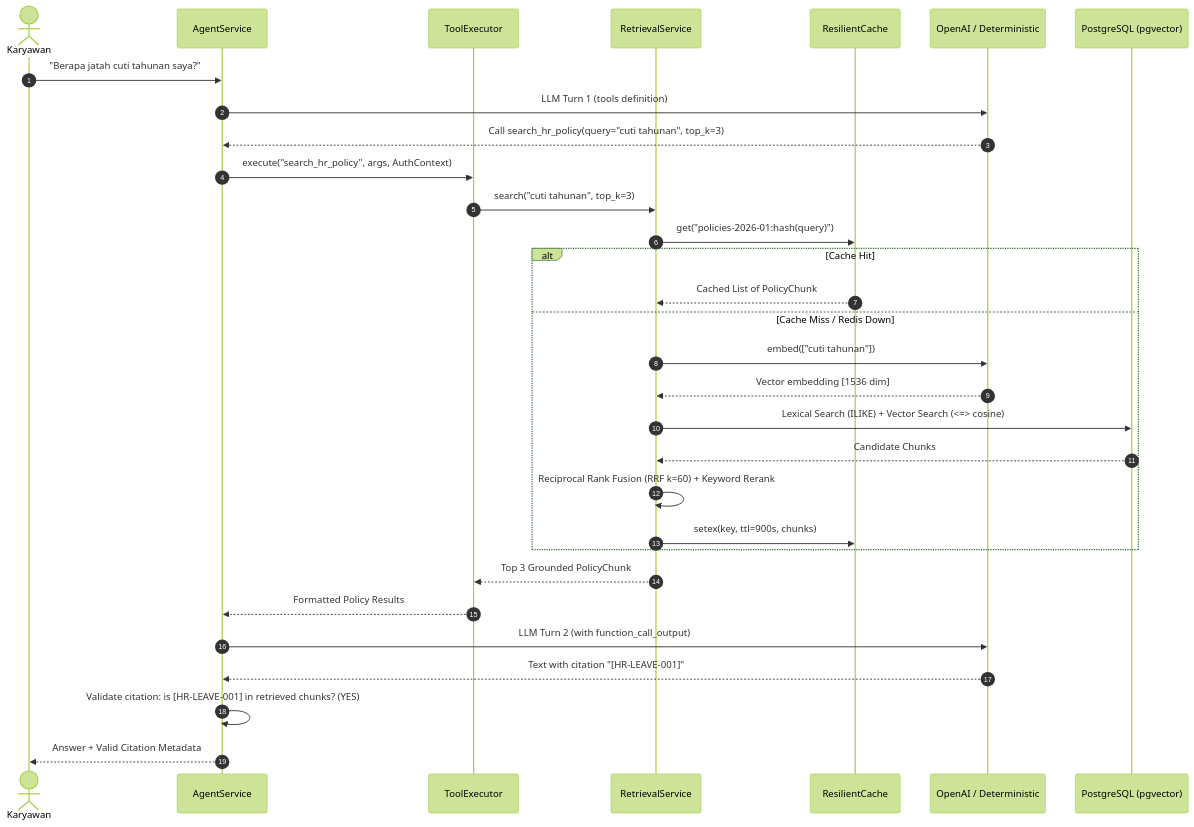
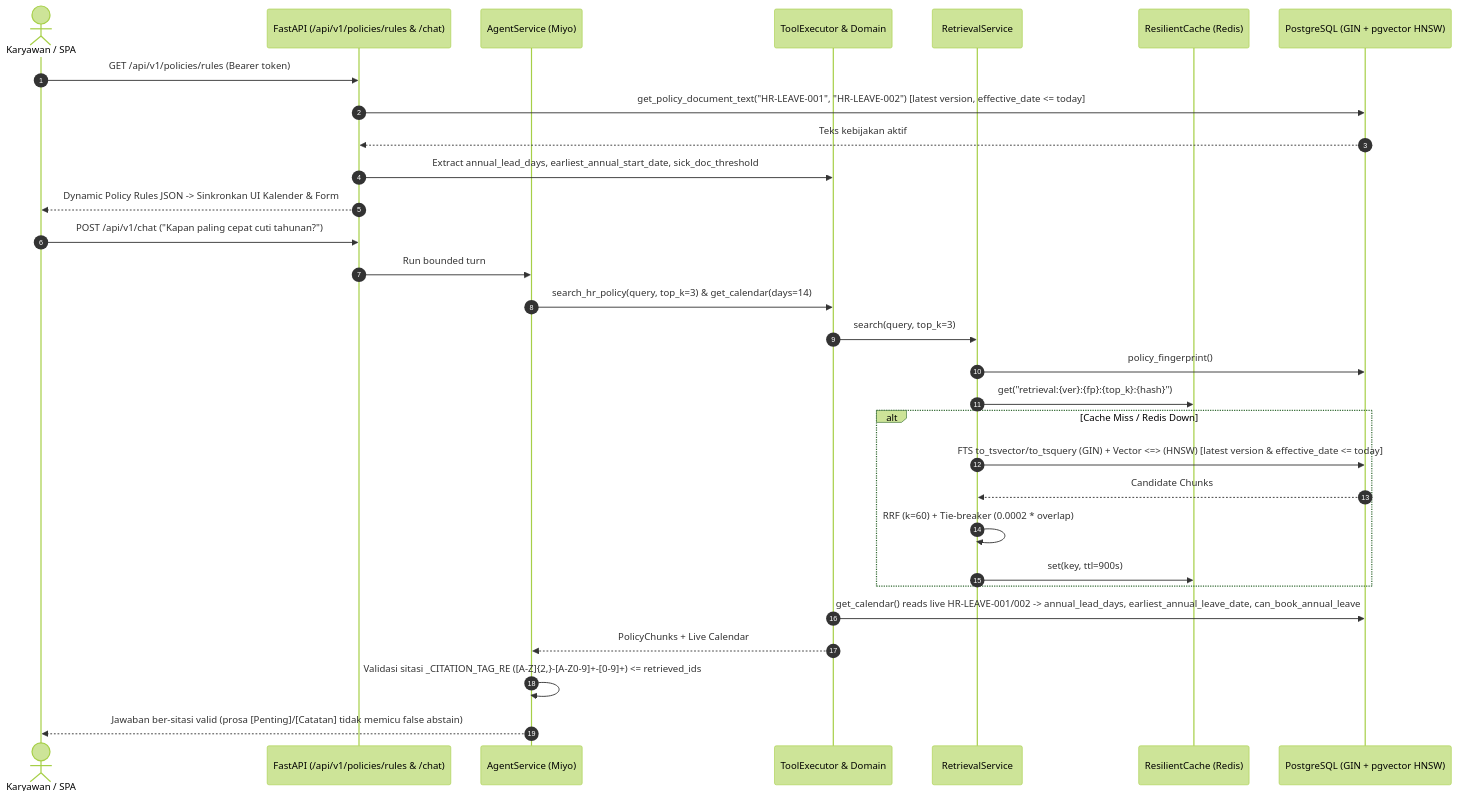
The third of 6 diagrams in milestone2-HR-Agent/architecture.md (azbayou/AIEN-RMT002-BayuAziz), drawn with Mermaid (forest theme) before and after one commit. The commit also changed other lines of this file and 41 other files, not shown here.

````diff
--- a/milestone2-HR-Agent/architecture.md
+++ b/milestone2-HR-Agent/architecture.md
@@ -136,34 +149,34 @@
 ```mermaid
 sequenceDiagram
     autonumber
-    actor Employee as Karyawan
-    participant Agent as AgentService
-    participant Tools as ToolExecutor
+    actor Employee as Karyawan / SPA
+    participant API as FastAPI (/api/v1/policies/rules & /chat)
+    participant Agent as AgentService (Miyo)
+    participant Tools as ToolExecutor & Domain
     participant Retrieval as RetrievalService
-    participant Cache as ResilientCache
-    participant Provider as OpenAI / Deterministic
-    participant DB as PostgreSQL (pgvector)
+    participant Cache as ResilientCache (Redis)
+    participant DB as PostgreSQL (GIN + pgvector HNSW)
 
-    Employee->>Agent: "Berapa jatah cuti tahunan saya?"
-    Agent->>Provider: LLM Turn 1 (tools definition)
-    Provider-->>Agent: Call search_hr_policy(query="cuti tahunan", top_k=3)
-    Agent->>Tools: execute("search_hr_policy", args, AuthContext)
-    Tools->>Retrieval: search("cuti tahunan", top_k=3)
-    Retrieval->>Cache: get("policies-2026-01:hash(query)")
-    alt Cache Hit
-        Cache-->>Retrieval: Cached List of PolicyChunk
-    else Cache Miss / Redis Down
-        Retrieval->>Provider: embed(["cuti tahunan"])
-        Provider-->>Retrieval: Vector embedding [1536 dim]
-        Retrieval->>DB: Lexical Search (ILIKE) + Vector Search (<=> cosine)
+    Employee->>API: GET /api/v1/policies/rules (Bearer token)
+    API->>DB: get_policy_document_text("HR-LEAVE-001", "HR-LEAVE-002") [latest version, effective_date <= today]
+    DB-->>API: Teks kebijakan aktif
+    API->>Tools: Extract annual_lead_days, earliest_annual_start_date, sick_doc_threshold
+    API-->>Employee: Dynamic Policy Rules JSON -> Sinkronkan UI Kalender & Form
+
+    Employee->>API: POST /api/v1/chat ("Kapan paling cepat cuti tahunan?")
+    API->>Agent: Run bounded turn
+    Agent->>Tools: search_hr_policy(query, top_k=3) & get_calendar(days=14)
+    Tools->>Retrieval: search(query, top_k=3)
+    Retrieval->>DB: policy_fingerprint()
+    Retrieval->>Cache: get("retrieval:{ver}:{fp}:{top_k}:{hash}")
+    alt Cache Miss / Redis Down
+        Retrieval->>DB: FTS to_tsvector/to_tsquery (GIN) + Vector <=> (HNSW) [latest version & effective_date <= today]
         DB-->>Retrieval: Candidate Chunks
-        Retrieval->>Retrieval: Reciprocal Rank Fusion (RRF k=60) + Keyword Rerank
-        Retrieval->>Cache: setex(key, ttl=900s, chunks)
+        Retrieval->>Retrieval: RRF (k=60) + Tie-breaker (0.0002 * overlap)
+        Retrieval->>Cache: set(key, ttl=900s)
     end
-    Retrieval-->>Tools: Top 3 Grounded PolicyChunk
-    Tools-->>Agent: Formatted Policy Results
-    Agent->>Provider: LLM Turn 2 (with function_call_output)
-    Provider-->>Agent: Text with citation "[HR-LEAVE-001]"
-    Agent->>Agent: Validate citation: is [HR-LEAVE-001] in retrieved chunks? (YES)
-    Agent-->>Employee: Answer + Valid Citation Metadata
+    Tools->>DB: get_calendar() reads live HR-LEAVE-001/002 -> annual_lead_days, earliest_annual_leave_date, can_book_annual_leave
+    Tools-->>Agent: PolicyChunks + Live Calendar
+    Agent->>Agent: Validasi sitasi _CITATION_TAG_RE ([A-Z]{2,}-[A-Z0-9]+-[0-9]+) <= retrieved_ids
+    Agent-->>Employee: Jawaban ber-sitasi valid (prosa [Penting]/[Catatan] tidak memicu false abstain)
 ```
````
